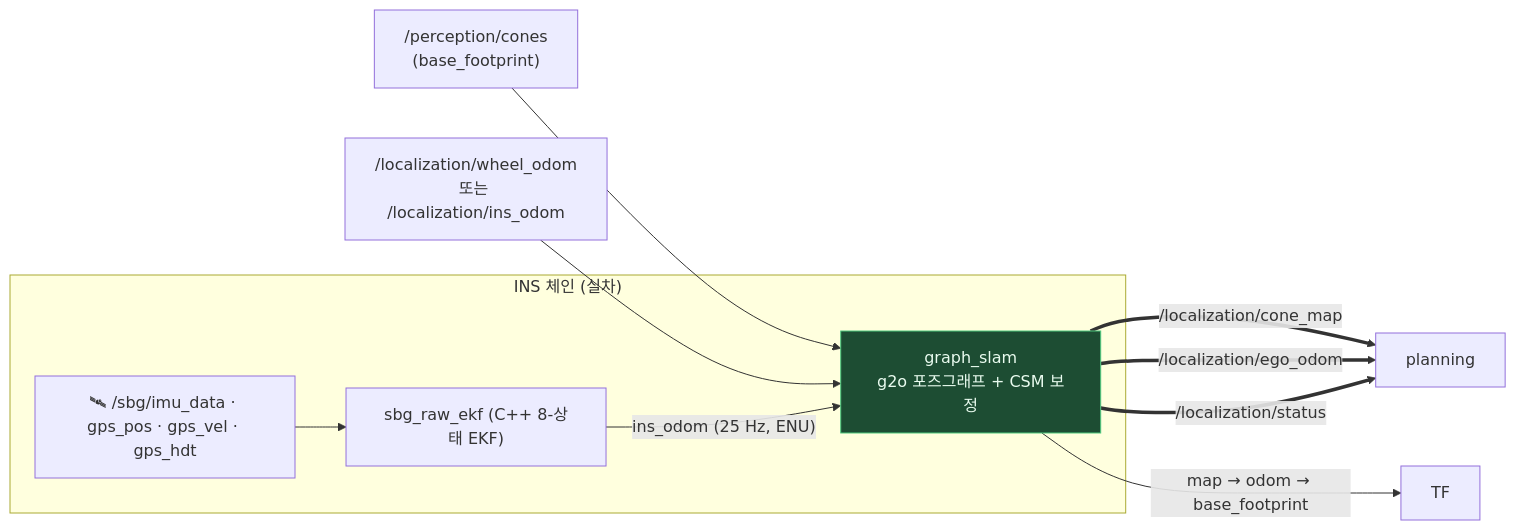
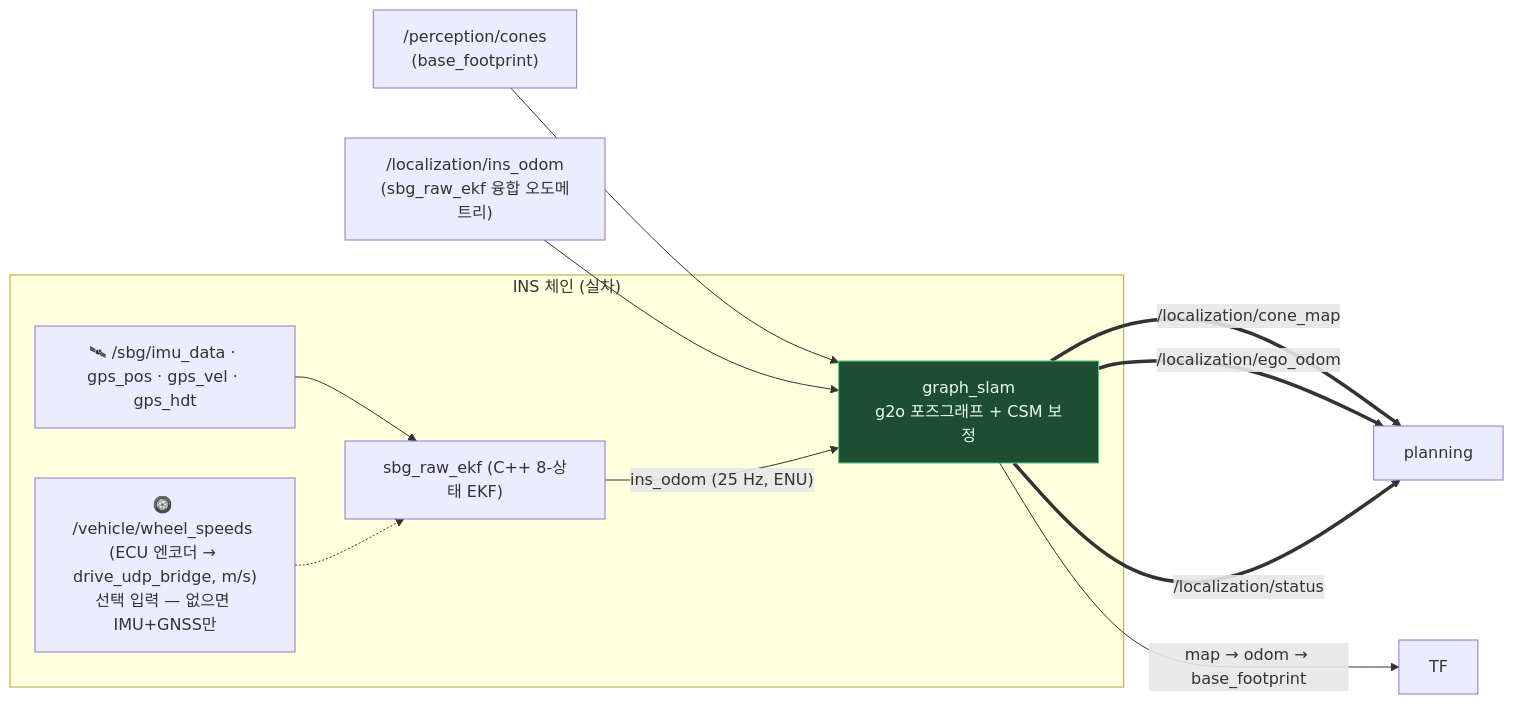
The diagram in localization/README.md (shchon11/HYU-Formula-Student), drawn with Mermaid before and after one commit. The commit also changed other lines of this file and 62 other files, not shown here.

````diff
--- a/localization/README.md
+++ b/localization/README.md
@@ -6,18 +6,19 @@
 ```mermaid
 flowchart LR
     CONES["/perception/cones<br/>(base_footprint)"] --> GS
-    ODOM["/localization/wheel_odom<br/>또는 /localization/ins_odom"] --> GS
+    ODOM["/localization/ins_odom<br/>(sbg_raw_ekf 융합 오도메트리)"] --> GS
 
     subgraph BRIDGE["INS 체인 (실차)"]
         SBG["🛰 /sbg/imu_data · gps_pos · gps_vel · gps_hdt"] --> BR["sbg_raw_ekf (C++ 8-상태 EKF)"]
+        WHL["🛞 /vehicle/wheel_speeds (ECU 엔코더 → drive_udp_bridge, m/s)<br/>선택 입력 — 없으면 IMU+GNSS만"] -.-> BR
         BR -->|"ins_odom (25 Hz, ENU)"| GS
     end
 
     GS["graph_slam<br/>g2o 포즈그래프 + CSM 보정"]
     GS ==>|"/localization/cone_map"| P1["planning"]
     GS ==>|"/localization/ego_odom"| P1
     GS ==>|"/localization/status"| P1
     GS -->|"map → odom → base_footprint"| TF["TF"]
 
     style GS fill:#1d4d33,stroke:#4fca7f,color:#e9fbef
 ```
````
